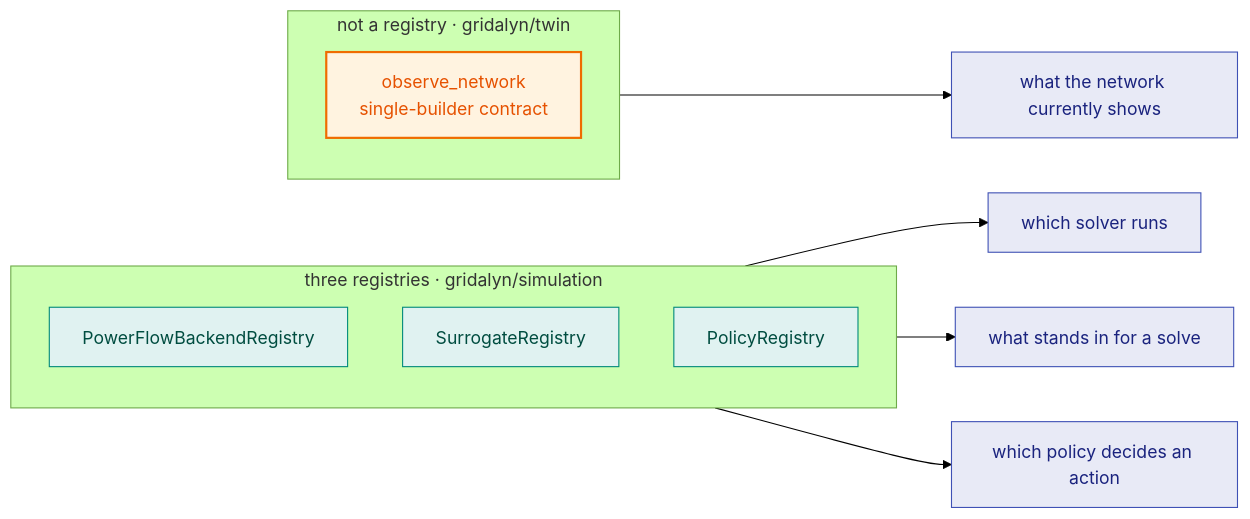
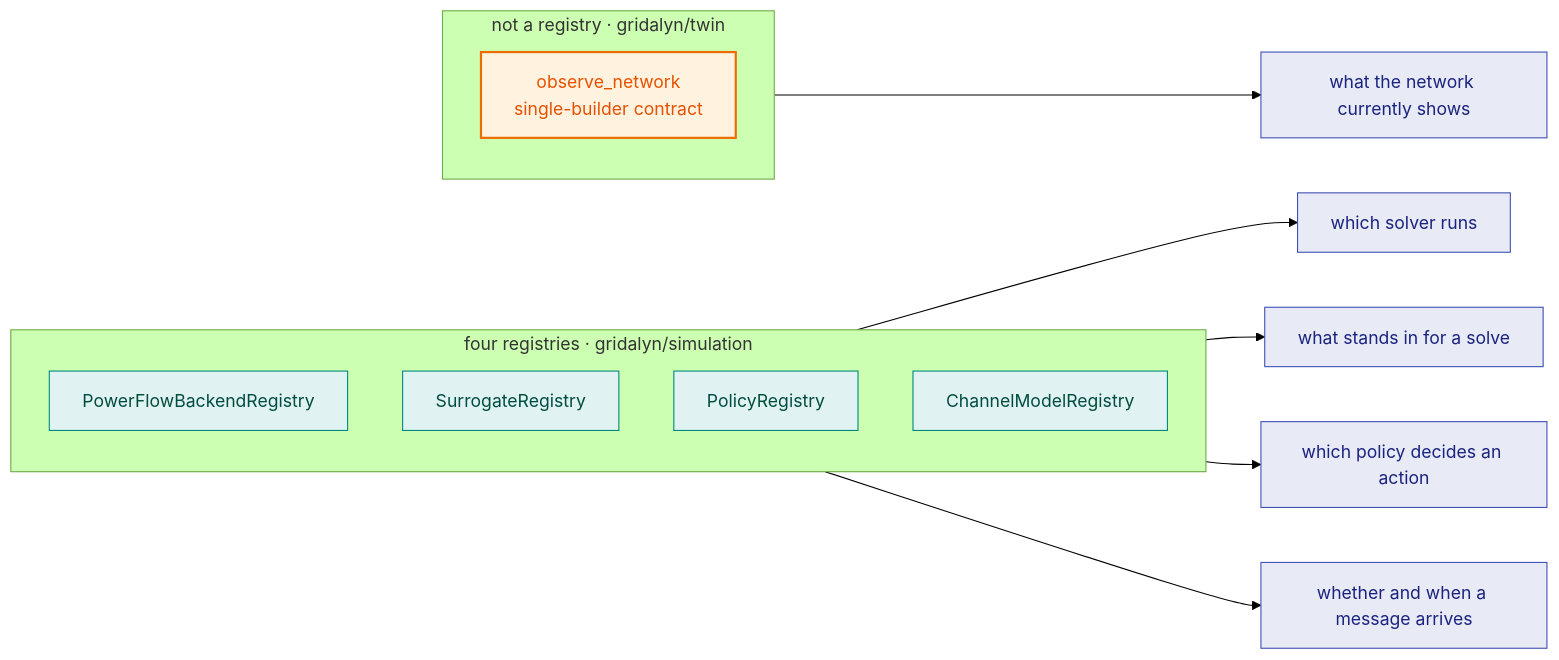
The diagram in docs/components/simulation.md (lirei-lab/gridalyn), drawn with Mermaid (forest theme) before and after one commit. The commit also changed other lines of this file and 13 other files, not shown here.

First line of the commit message:
feat(simulation): schedule agent interaction in simulated time, through registered channel models (#38)

````diff
--- a/docs/components/simulation.md
+++ b/docs/components/simulation.md
@@ -31,25 +33,27 @@
 ```mermaid
 flowchart LR
-    subgraph REG["three registries · gridalyn/simulation"]
+    subgraph REG["four registries · gridalyn/simulation"]
         direction TB
         B["PowerFlowBackendRegistry"]
         S["SurrogateRegistry"]
         P["PolicyRegistry"]
+        C["ChannelModelRegistry"]
     end
     subgraph TW["not a registry · gridalyn/twin"]
         direction TB
         O["observe_network<br/>single-builder contract"]
     end
 
     B --> RB["which solver runs"]
     S --> RS["what stands in for a solve"]
     P --> RP["which policy decides an action"]
+    C --> RC["whether and when a message arrives"]
     O --> RO["what the network currently shows"]
 
     classDef reg fill:#e0f2f1,stroke:#00897b,color:#004d40
     classDef notreg fill:#fff3e0,stroke:#ef6c00,color:#e65100,stroke-width:2px
     classDef role fill:#e8eaf6,stroke:#3f51b5,color:#1a237e
-    class B,S,P reg
+    class B,S,P,C reg
     class O notreg
-    class RB,RS,RP,RO role
+    class RB,RS,RP,RC,RO role
 ```
````
